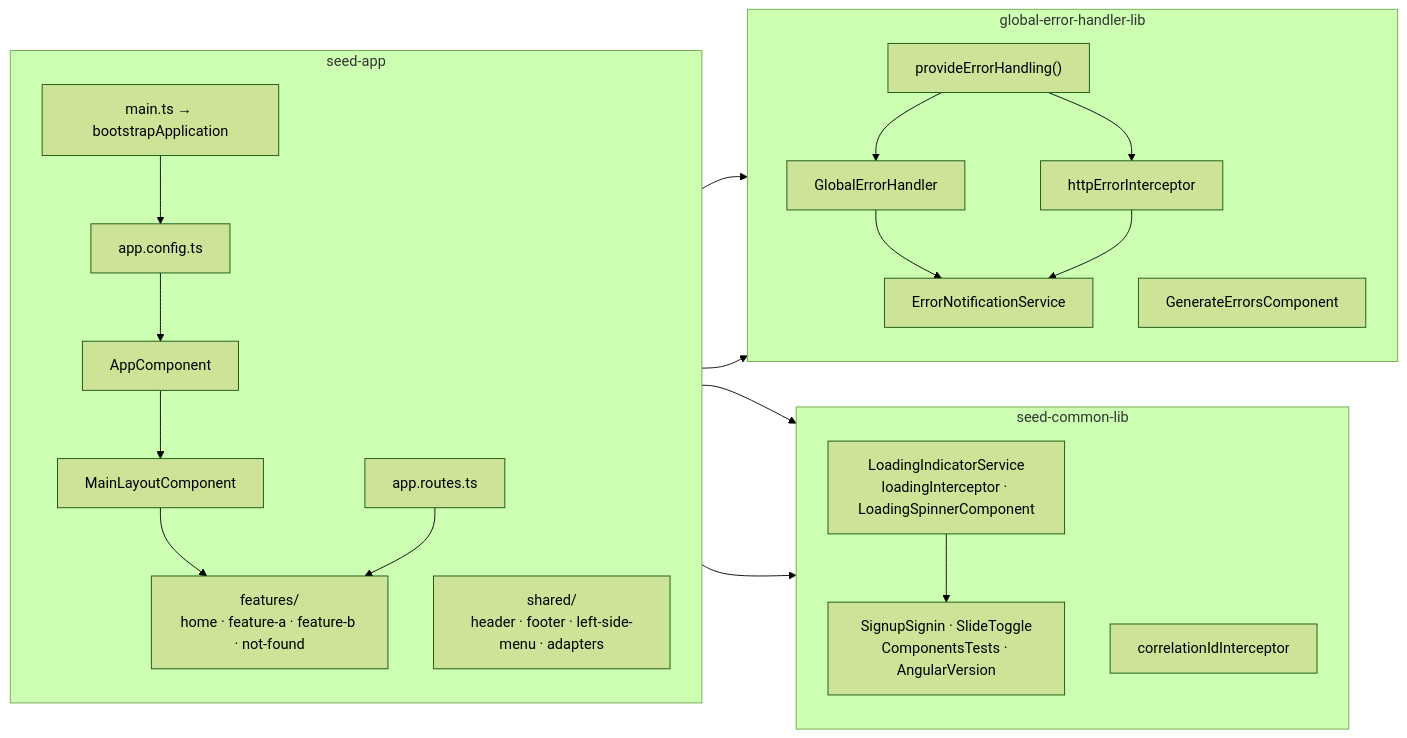
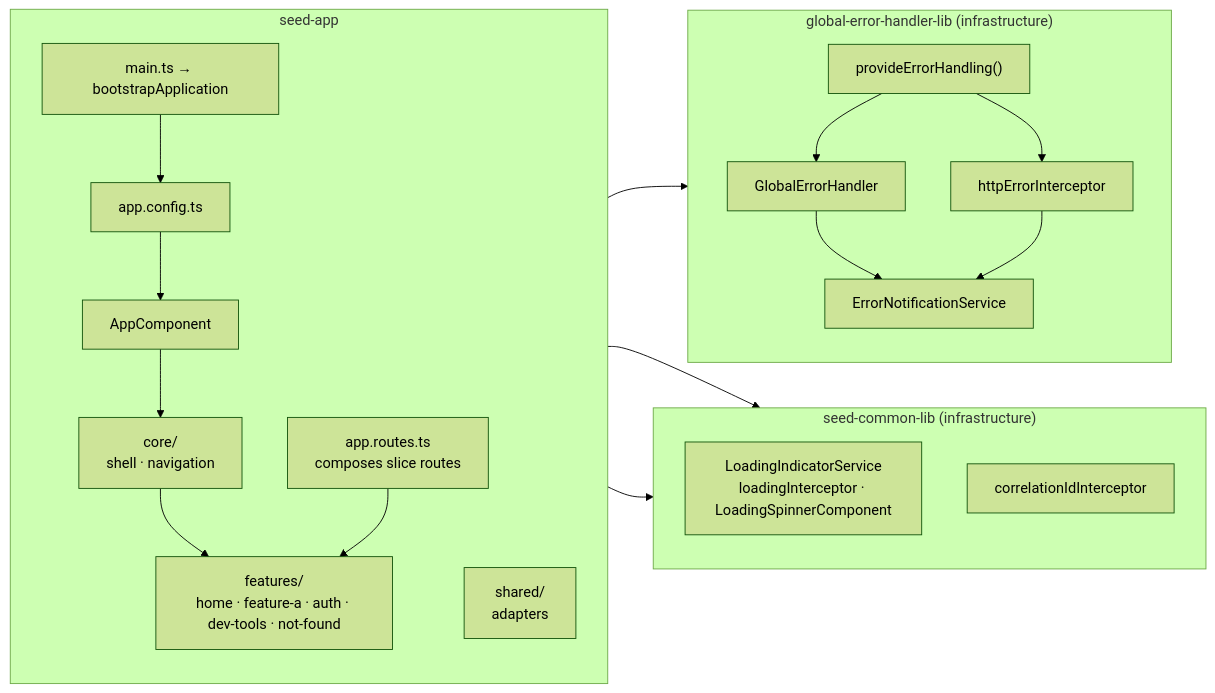
Before and after one commit to lkovari/angular-seed: the second of 9 diagrams in README.md, drawn with Mermaid (forest theme). The commit also changed other lines of this file and 111 other files, not shown here.

Commit message:
Upgrade to v22 turn architecture to vertical sliced

````diff
--- a/README.md
+++ b/README.md
@@ -62,44 +79,40 @@
 ```mermaid
 graph LR
   subgraph seedApp["seed-app"]
     direction TB
     bootstrap["main.ts → bootstrapApplication"]
     config["app.config.ts"]
     root["AppComponent"]
-    layout["MainLayoutComponent"]
-    features["features/<br/>home · feature-a · feature-b · not-found"]
-    shared["shared/<br/>header · footer · left-side-menu · adapters"]
-    routes["app.routes.ts"]
+    core["core/<br/>shell · navigation"]
+    features["features/<br/>home · feature-a · auth · dev-tools · not-found"]
+    sharedApp["shared/<br/>adapters"]
+    routes["app.routes.ts<br/>composes slice routes"]
   end
 
-  subgraph seedCommon["seed-common-lib"]
+  subgraph seedCommon["seed-common-lib (infrastructure)"]
     direction TB
     loading["LoadingIndicatorService<br/>loadingInterceptor · LoadingSpinnerComponent"]
     correlation["correlationIdInterceptor"]
-    ui["SignupSignin · SlideToggle<br/>ComponentsTests · AngularVersion"]
   end
 
-  subgraph errorLib["global-error-handler-lib"]
+  subgraph errorLib["global-error-handler-lib (infrastructure)"]
     direction TB
     provider["provideErrorHandling()"]
     handler["GlobalErrorHandler"]
     httpErr["httpErrorInterceptor"]
     notify["ErrorNotificationService"]
-    devTools["GenerateErrorsComponent"]
   end
 
   bootstrap --> config
   config --> root
-  root --> layout
-  layout --> features
+  root --> core
+  core --> features
   routes --> features
-  root --> devTools
   config --> loading
   config --> correlation
   config --> provider
   provider --> handler
   provider --> httpErr
   handler --> notify
   httpErr --> notify
-  loading --> ui
 ```
````
